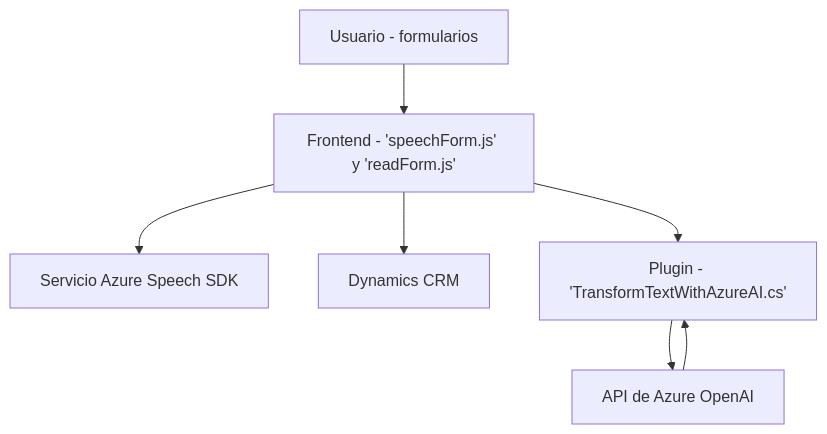
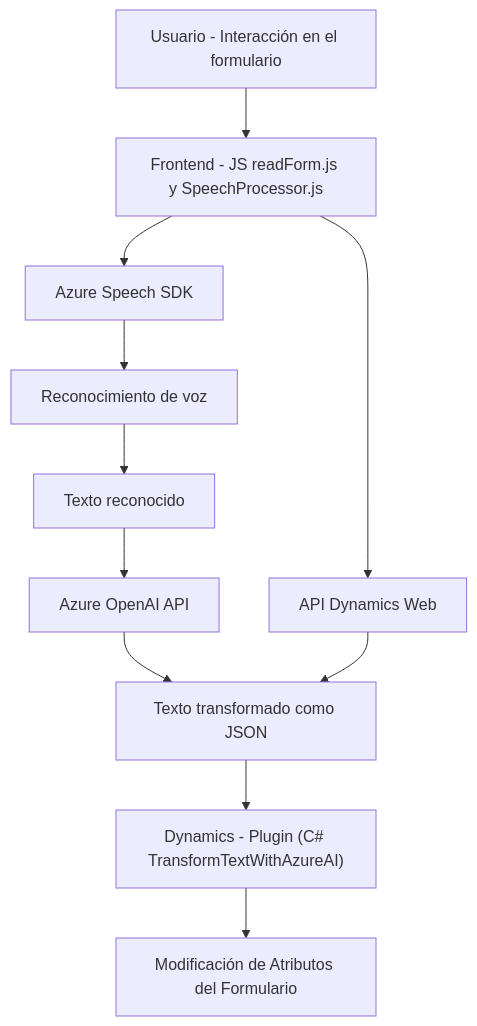
One commit to blopezdm/NETCORE_BILBAO2025 changed the diagram in README.md. Above: the diagram before and after it, drawn with Mermaid. The commit also changed other lines of this file, not shown here.

````diff
--- a/README.md
+++ b/README.md
@@ -41,9 +40,13 @@
 ```mermaid
 graph TD
-    A["Usuario - formularios"] --> B["Frontend - 'speechForm.js' y 'readForm.js'"]
-    B --> AzureSpeech["Servicio Azure Speech SDK"]
-    B --> CRMForm["Dynamics CRM"]
-    B --> D["Plugin - 'TransformTextWithAzureAI.cs'"]
-    D --> E["API de Azure OpenAI"]
-    E --> D
+A["Usuario - Interacción en el formulario"] --> B["Frontend - JS readForm.js y SpeechProcessor.js"]
+B --> C["Azure Speech SDK"]
+B --> D["API Dynamics Web"]
+C --> E["Reconocimiento de voz"]
+E --> F["Texto reconocido"]
+F --> G["Azure OpenAI API"]
+G --> H["Texto transformado como JSON"]
+D --> H
+H --> I["Dynamics - Plugin (C# TransformTextWithAzureAI)"]
+I --> J["Modificación de Atributos del Formulario"]
 ```
````
